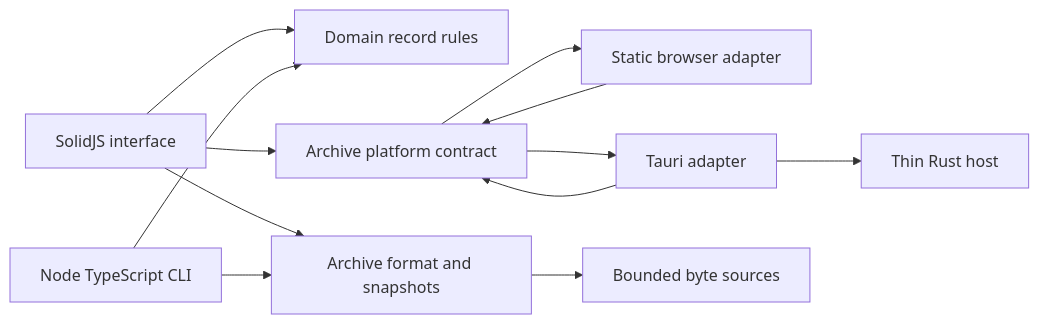
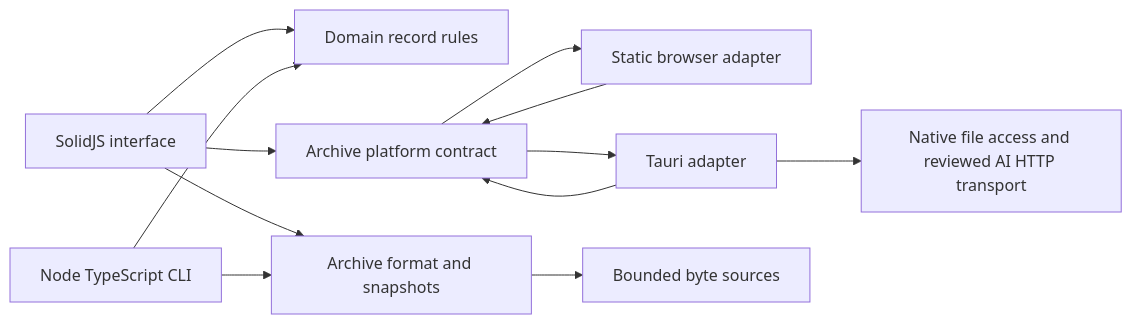
The diagram in docs/ARCHITECTURE.md (richie-rich90454/tutorux), drawn with Mermaid before and after one commit. The commit also changed other lines of this file, not shown here.

First line of the commit message:
docs(architecture): describe the reviewed AI transport boundary

````diff
--- a/docs/ARCHITECTURE.md
+++ b/docs/ARCHITECTURE.md
@@ -5,14 +5,14 @@
 ```mermaid
 flowchart LR
   UI[SolidJS interface] --> DOMAIN[Domain record rules]
   UI --> ARCH[Archive format and snapshots]
   UI --> PORT[Archive platform contract]
   CLI[Node TypeScript CLI] --> DOMAIN
   CLI --> ARCH
   WEB[Static browser adapter] --> PORT
   DESKTOP[Tauri adapter] --> PORT
   PORT --> WEB
   PORT --> DESKTOP
-  DESKTOP --> RUST[Thin Rust host]
+  DESKTOP --> RUST[Native file access and reviewed AI HTTP transport]
   ARCH --> SOURCE[Bounded byte sources]
 ```
````
